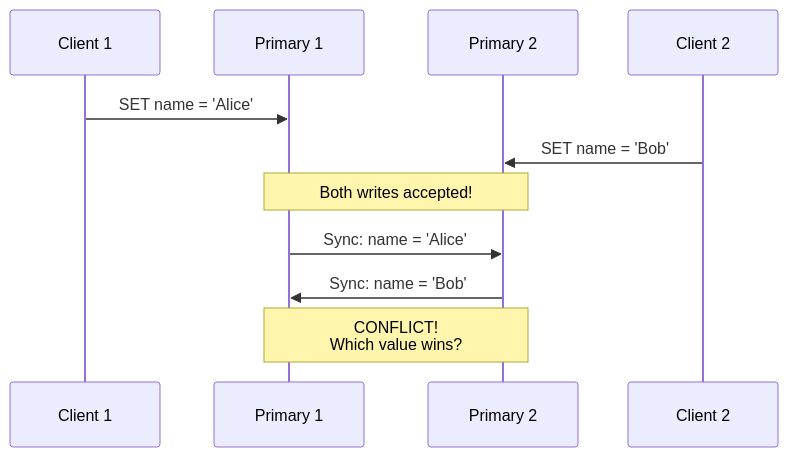
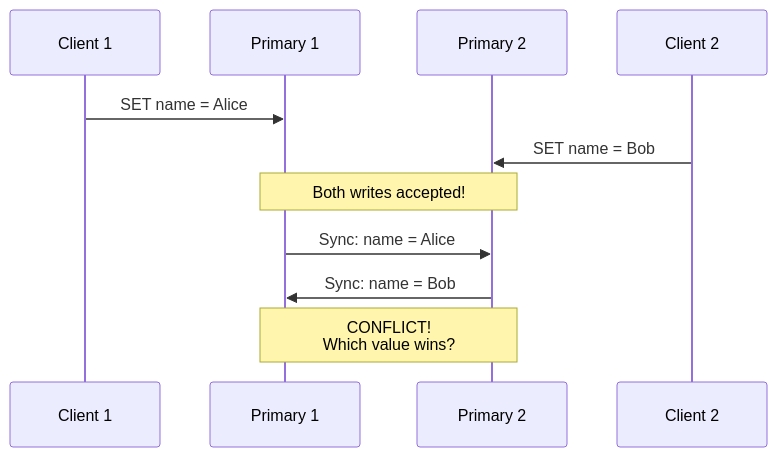
The second of 7 diagrams in distributed-systems/02-partitioning-and-replication/05-multi-primary-replication.md (sivanagaraju/systemdesign), drawn with Mermaid before and after one commit. The commit also changed other lines of this file and 4 other files, not shown here.

````diff
--- a/distributed-systems/02-partitioning-and-replication/05-multi-primary-replication.md
+++ b/distributed-systems/02-partitioning-and-replication/05-multi-primary-replication.md
@@ -45,17 +45,17 @@
 ```mermaid
 sequenceDiagram
     participant C1 as Client 1
     participant P1 as Primary 1
     participant P2 as Primary 2
     participant C2 as Client 2
     
-    C1->>P1: SET name = 'Alice'
-    C2->>P2: SET name = 'Bob'
+    C1->>P1: SET name = Alice
+    C2->>P2: SET name = Bob
     
     Note over P1,P2: Both writes accepted!
     
-    P1->>P2: Sync: name = 'Alice'
-    P2->>P1: Sync: name = 'Bob'
+    P1->>P2: Sync: name = Alice
+    P2->>P1: Sync: name = Bob
     
     Note over P1,P2: CONFLICT!<br/>Which value wins?
 ```
````
